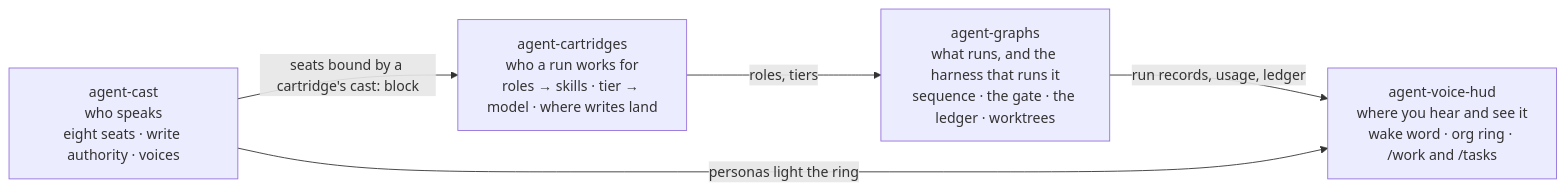
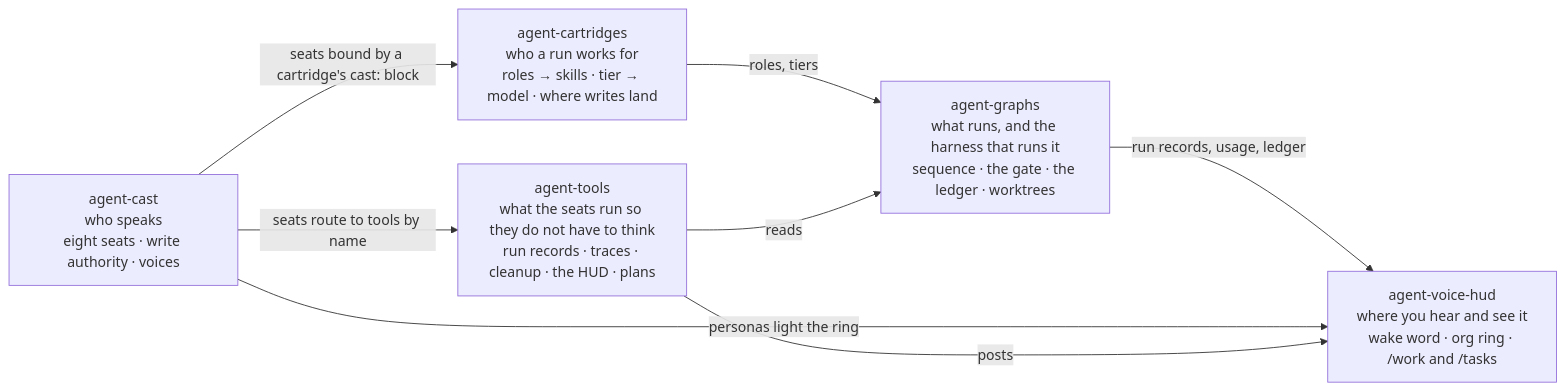
One commit to ppfenning/ppfenning changed the diagram in README.md. Above: the diagram before and after it, drawn with Mermaid. The commit also changed other lines of this file, not shown here.

Commit message:
README: agent-tools, the fifth repository

````diff
--- a/README.md
+++ b/README.md
@@ -15,11 +15,15 @@
 ```mermaid
 flowchart LR
     CART["agent-cartridges<br/>who a run works for<br/>roles → skills · tier → model · where writes land"]
     GRAPHS["agent-graphs<br/>what runs, and the harness that runs it<br/>sequence · the gate · the ledger · worktrees"]
     CAST["agent-cast<br/>who speaks<br/>eight seats · write authority · voices"]
     HUD["agent-voice-hud<br/>where you hear and see it<br/>wake word · org ring · /work and /tasks"]
+    TOOLS["agent-tools<br/>what the seats run so they do not have to think<br/>run records · traces · cleanup · the HUD · plans"]
     CART -- "roles, tiers" --> GRAPHS
     CAST -- "seats bound by a cartridge's cast: block" --> CART
     GRAPHS -- "run records, usage, ledger" --> HUD
     CAST -- "personas light the ring" --> HUD
+    TOOLS -- "reads" --> GRAPHS
+    TOOLS -- "posts" --> HUD
+    CAST -- "seats route to tools by name" --> TOOLS
 ```
````
